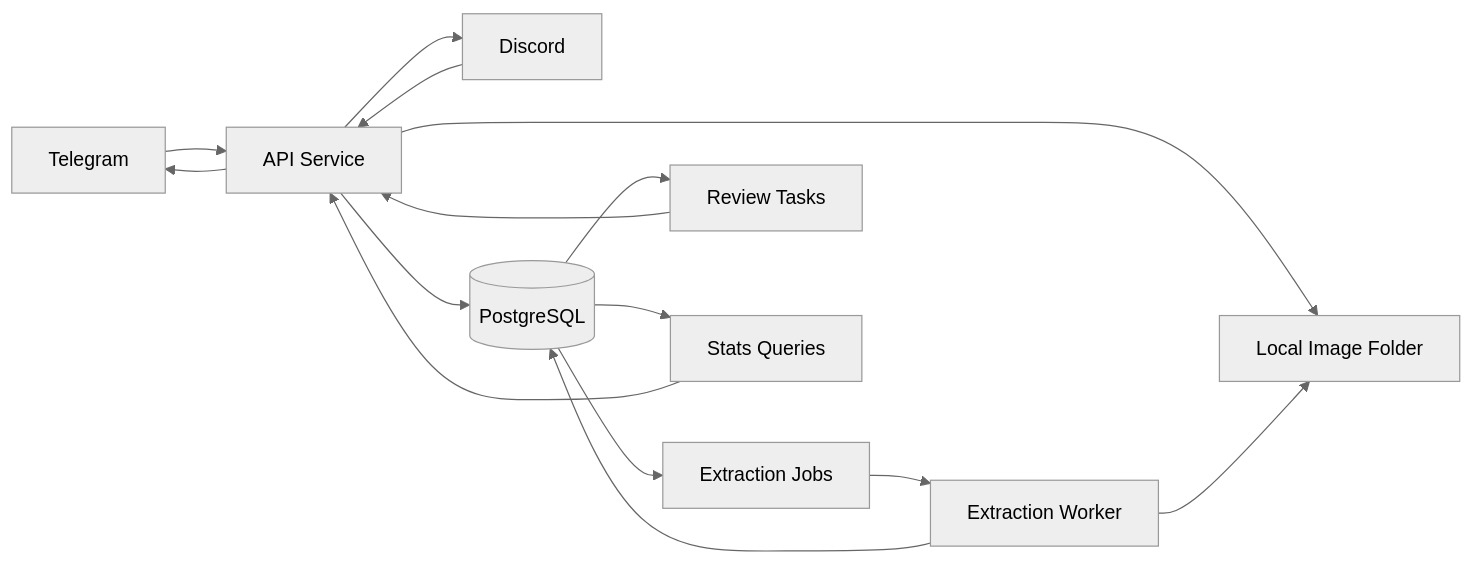
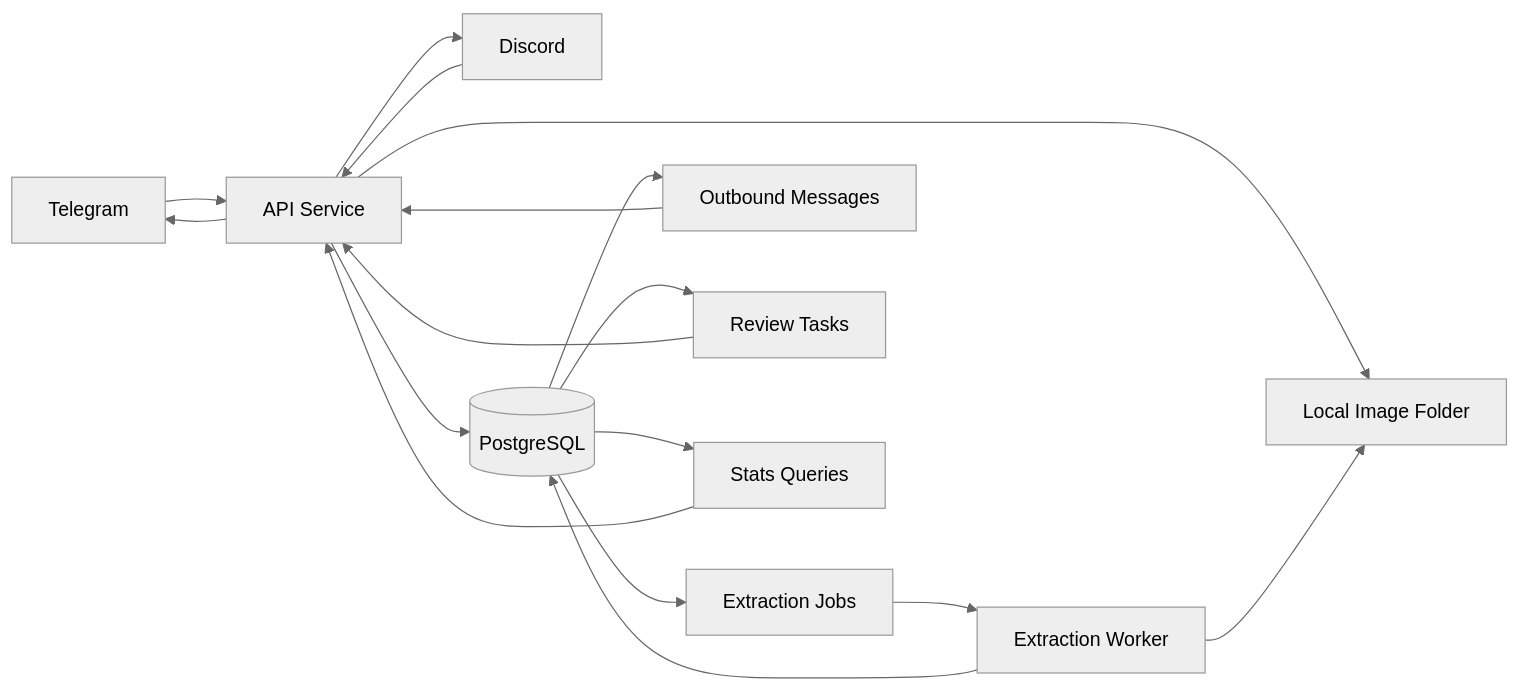
The diagram in ARCHITECTURE.md (tarantool-17/cstats), drawn with Mermaid (neutral theme) before and after one commit. The commit also changed other lines of this file and 14 other files, not shown here.

````diff
--- a/ARCHITECTURE.md
+++ b/ARCHITECTURE.md
@@ -81,17 +82,19 @@
 ```mermaid
 flowchart LR
     TG["Telegram"] --> API["API Service"]
     DC["Discord"] --> API
     API --> DISK["Local Image Folder"]
     API --> DB[("PostgreSQL")]
     DB --> JOBS["Extraction Jobs"]
     JOBS --> WORKER["Extraction Worker"]
     WORKER --> DISK
     WORKER --> DB
+    DB --> OUTBOUND["Outbound Messages"]
+    OUTBOUND --> API
     DB --> REVIEW["Review Tasks"]
     REVIEW --> API
     API --> TG
     API --> DC
     DB --> COMMANDS["Stats Queries"]
     COMMANDS --> API
 ```
````
